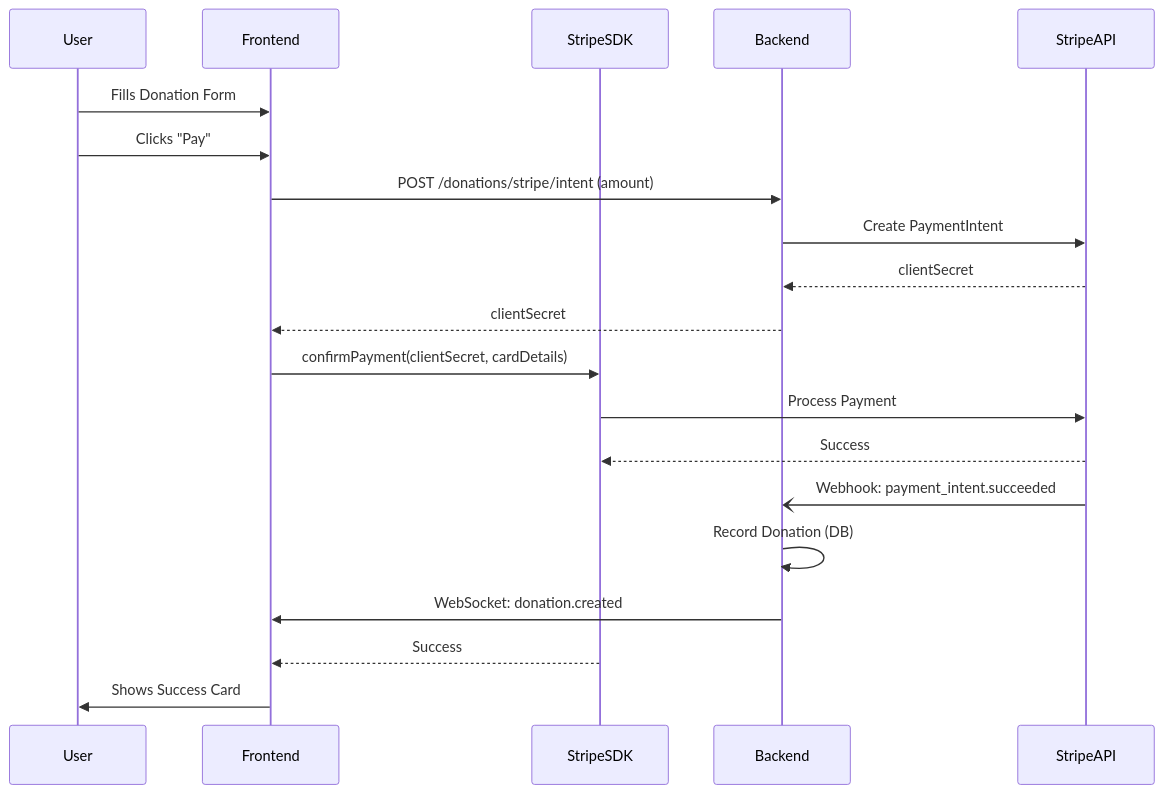
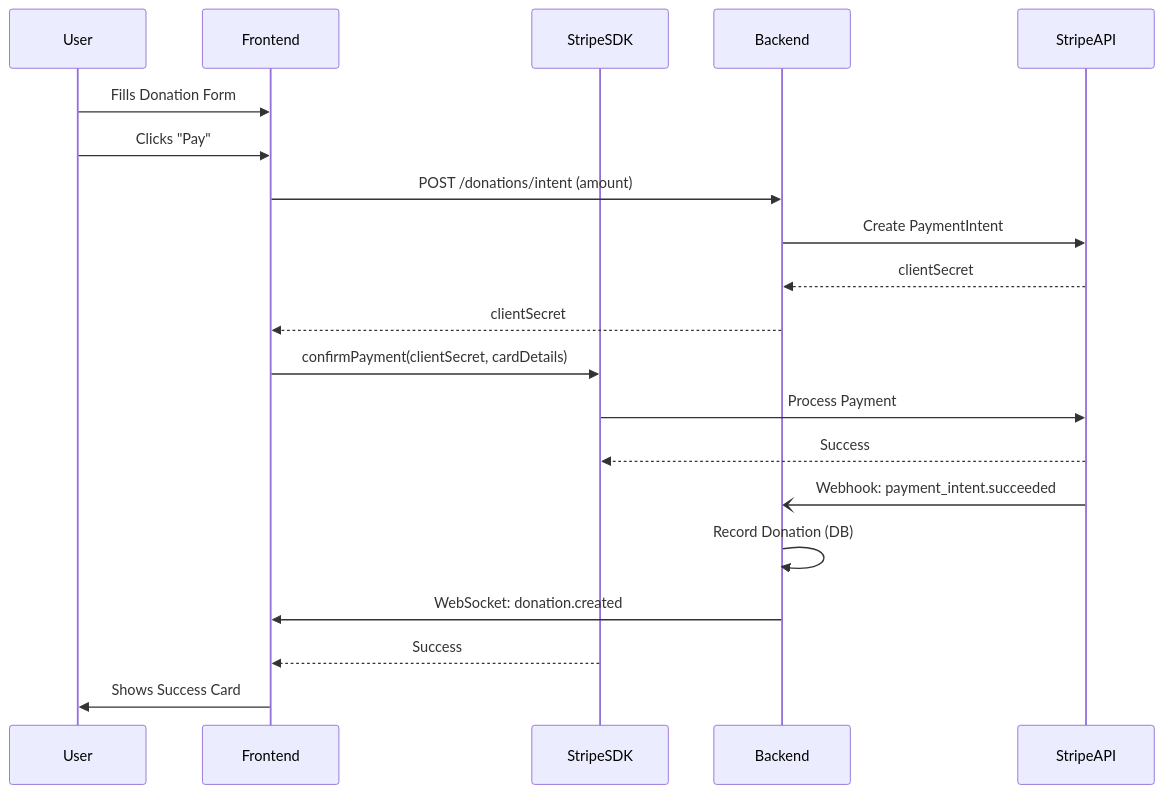
Before and after one commit to Mouness/fundraising-event: the diagram in docs/features/donation.md, drawn with Mermaid. The commit also changed other lines of this file and 214 other files, not shown here.

````diff
--- a/docs/features/donation.md
+++ b/docs/features/donation.md
@@ -32,23 +33,23 @@
 ```mermaid
 sequenceDiagram
     participant User
     participant Frontend
     participant StripeSDK
     participant Backend
     participant StripeAPI
 
     User->>Frontend: Fills Donation Form
     User->>Frontend: Clicks "Pay"
-    Frontend->>Backend: POST /donations/stripe/intent (amount)
+    Frontend->>Backend: POST /donations/intent (amount)
     Backend->>StripeAPI: Create PaymentIntent
     StripeAPI-->>Backend: clientSecret
     Backend-->>Frontend: clientSecret
     Frontend->>StripeSDK: confirmPayment(clientSecret, cardDetails)
     StripeSDK->>StripeAPI: Process Payment
     StripeAPI-->>StripeSDK: Success
     StripeAPI-)Backend: Webhook: payment_intent.succeeded
     Backend->>Backend: Record Donation (DB)
     Backend->>Frontend: WebSocket: donation.created
     StripeSDK-->>Frontend: Success
     Frontend->>User: Shows Success Card
 ```
````
